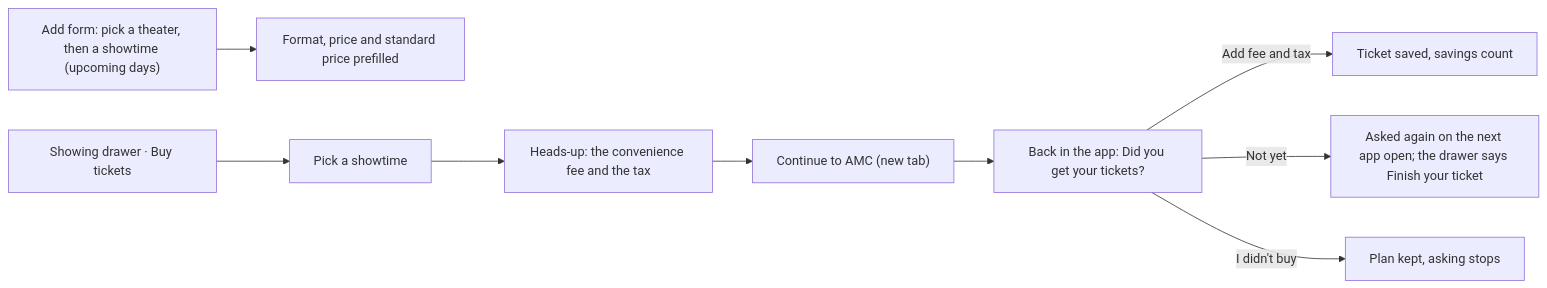
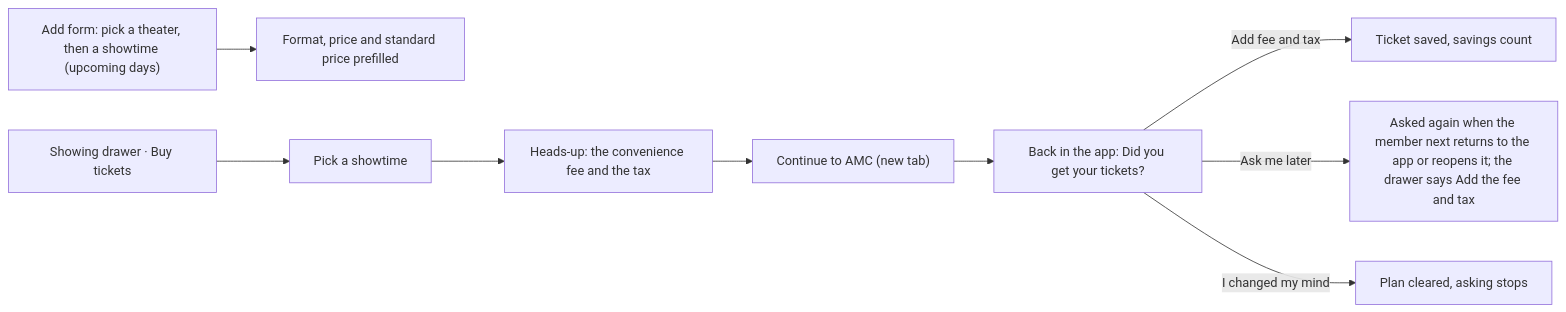
Diagram 25 of 26 in src/apps/a-list/UX.md (NovaMoonX/moondreams-dev-apps), drawn with Mermaid before and after one commit. The commit also changed other lines of this file and 8 other files, not shown here.

Commit message:
Movie drawer: rows named by outcome with subtitles, manual ticket entry from the Buy tickets panel, and a welcome-back question that returns after Ask me later and clears the plan on I changed my mind

````diff
--- a/src/apps/a-list/UX.md
+++ b/src/apps/a-list/UX.md
@@ -688,9 +688,9 @@
 ```mermaid
 flowchart LR
     A["Add form: pick a theater, then a showtime (upcoming days)"] --> B["Format, price and standard price prefilled"]
     C["Showing drawer · Buy tickets"] --> D["Pick a showtime"] --> E["Heads-up: the convenience fee and the tax"] --> F["Continue to AMC (new tab)"]
     F --> G["Back in the app: Did you get your tickets?"]
     G -->|"Add fee and tax"| H["Ticket saved, savings count"]
-    G -->|Not yet| I["Asked again on the next app open; the drawer says Finish your ticket"]
-    G -->|"I didn't buy"| J["Plan kept, asking stops"]
+    G -->|Ask me later| I["Asked again when the member next returns to the app or reopens it; the drawer says Add the fee and tax"]
+    G -->|"I changed my mind"| J["Plan cleared, asking stops"]
 ```
````
